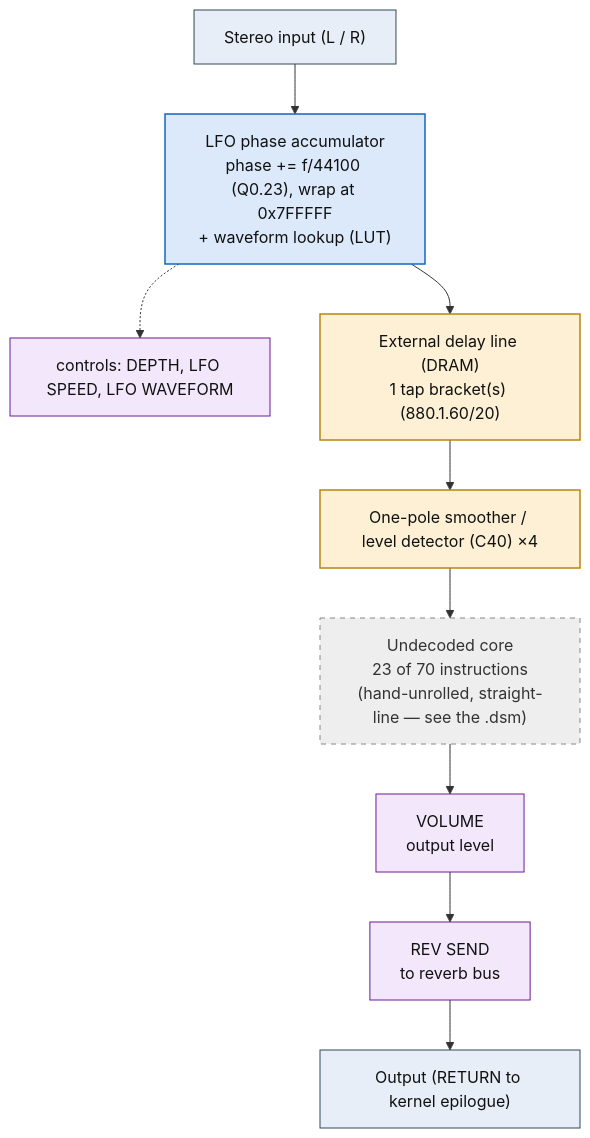
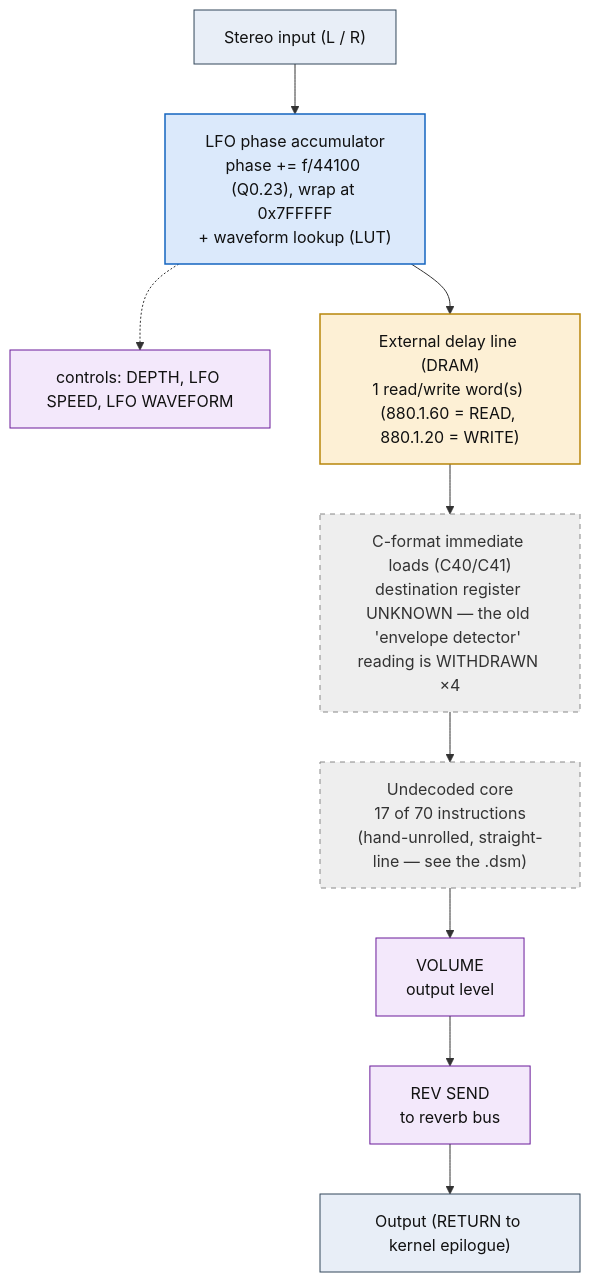
One commit to ArqueologiaDigital/KN5000-docs changed the diagram in flowcharts/prog01_chorus.md. Above: the diagram before and after it, drawn with Mermaid. The commit also changed other lines of this file and 38 other files, not shown here.

First line of the commit message:
flowcharts: withdraw the envelope-detector reading, decode the DRAM accesses

````diff
--- a/flowcharts/prog01_chorus.md
+++ b/flowcharts/prog01_chorus.md
@@ -19,32 +19,32 @@
 ```mermaid
 flowchart TD
     N0["Stereo input (L / R)"]
     N1["LFO phase accumulator<br/>phase += f/44100 (Q0.23), wrap at 0x7FFFFF<br/>+ waveform lookup (LUT)"]
     N0 --> N1
     N2["controls: DEPTH, LFO SPEED, LFO WAVEFORM"]
     N1 -.-> N2
-    N3["External delay line (DRAM)<br/>1 tap bracket(s) (880.1.60/20)"]
+    N3["External delay line (DRAM)<br/>1 read/write word(s) (880.1.60 = READ, 880.1.20 = WRITE)"]
     N1 --> N3
-    N4["One-pole smoother / level detector (C40) &times;4"]
+    N4["C-format immediate loads (C40/C41)<br/>destination register UNKNOWN &mdash; the old 'envelope detector' reading is WITHDRAWN &times;4"]
     N3 --> N4
-    N5["Undecoded core<br/>23 of 70 instructions<br/>(hand-unrolled, straight-line &mdash; see the .dsm)"]
+    N5["Undecoded core<br/>17 of 70 instructions<br/>(hand-unrolled, straight-line &mdash; see the .dsm)"]
     N4 --> N5
     N6["VOLUME<br/>output level"]
     N5 --> N6
     N7["REV SEND<br/>to reverb bus"]
     N6 --> N7
     N8["Output (RETURN to kernel epilogue)"]
     N7 --> N8
 
     classDef io fill:#e8eef7,stroke:#33475b,stroke-width:1px,color:#111;
     classDef proven fill:#d7f0d7,stroke:#2e7d32,stroke-width:2px,color:#111;
     classDef measured fill:#dbe9fb,stroke:#1565c0,stroke-width:1.5px,color:#111;
     classDef inferred fill:#fdf0d5,stroke:#b8860b,stroke-width:1.5px,color:#111;
     classDef open fill:#eeeeee,stroke:#888,stroke-width:1px,color:#333,stroke-dasharray:5 5;
     classDef ctrl fill:#f3e8fb,stroke:#6a1b9a,stroke-width:1px,color:#111;
     class N0,N8 io;
     class N1 measured;
     class N2,N6,N7 ctrl;
-    class N3,N4 inferred;
-    class N5 open;
+    class N3 inferred;
+    class N4,N5 open;
 ```
````
